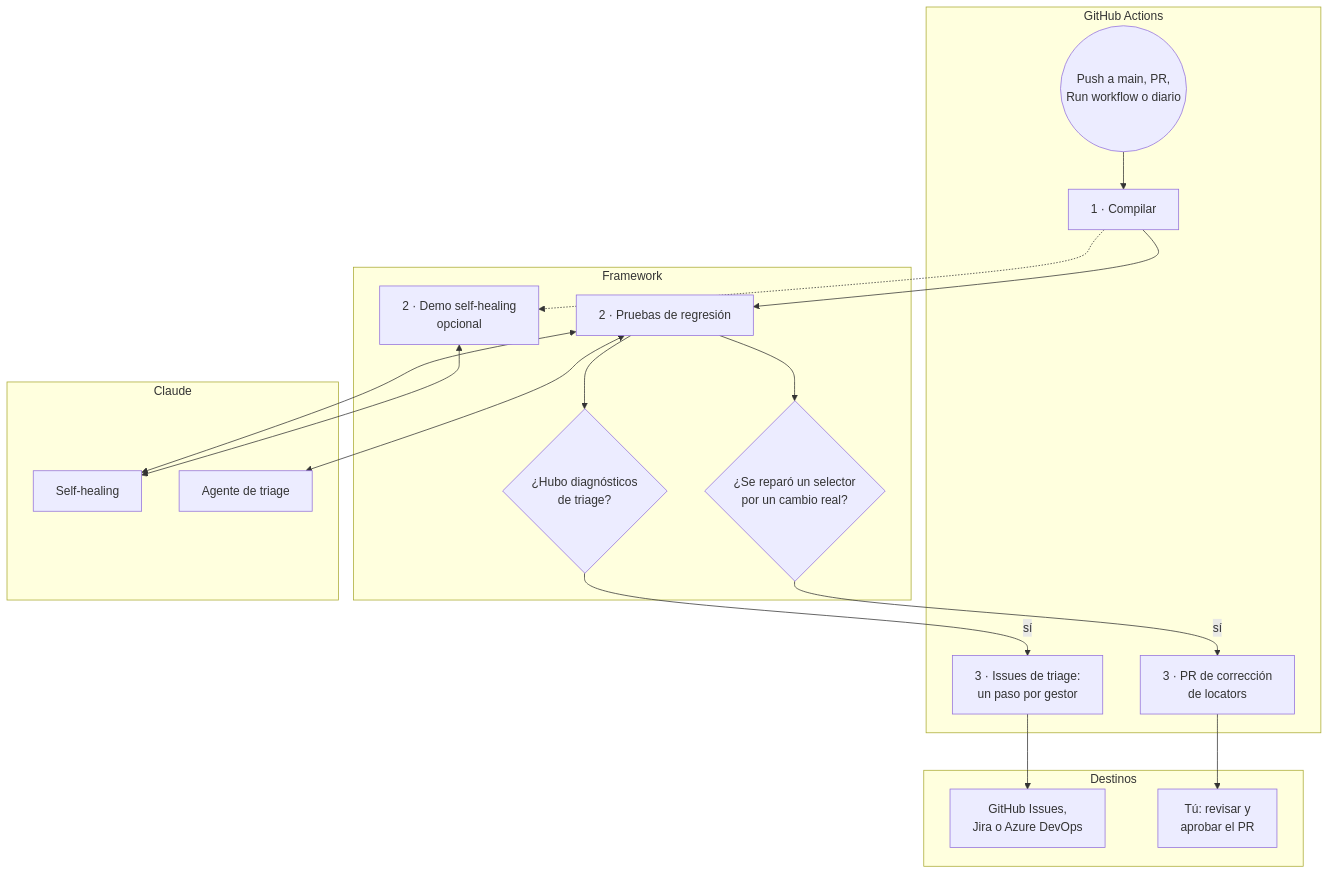
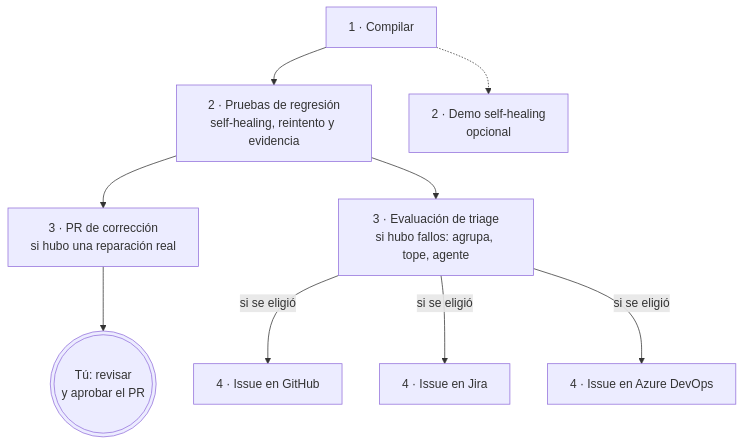
One commit to pgp-qa-automation-labs/poc-selenium-cucumber changed the fourth of 4 diagrams in README.md. Above: the diagram before and after it, drawn with Mermaid. The commit also changed other lines of this file and 32 other files, not shown here.

First line of the commit message:
Pipeline modular de triage: evidencia, reintento, agrupación con tope y captura en los issues

````diff
--- a/README.md
+++ b/README.md
@@ -162,32 +177,19 @@
 ```mermaid
 flowchart TD
-    subgraph GA["GitHub Actions"]
-        T(("Push a main, PR,<br/>Run workflow o diario"))
-        C["1 · Compilar"]
-        PR["3 · PR de corrección<br/>de locators"]
-        ISS["3 · Issues de triage:<br/>un paso por gestor"]
-    end
-    subgraph FW["Framework"]
-        REG["2 · Pruebas de regresión"]
-        DEMO["2 · Demo self-healing<br/>opcional"]
-        CORR{"¿Se reparó un selector<br/>por un cambio real?"}
-        DIAG{"¿Hubo diagnósticos<br/>de triage?"}
-    end
-    subgraph IA["Claude"]
-        SH["Self-healing"]
-        TR["Agente de triage"]
-    end
-    subgraph DEST["Destinos"]
-        GES["GitHub Issues,<br/>Jira o Azure DevOps"]
-        REV["Tú: revisar y<br/>aprobar el PR"]
-    end
-    T --> C --> REG
+    C["1 · Compilar"]
+    REG["2 · Pruebas de regresión<br/>self-healing, reintento y evidencia"]
+    DEMO["2 · Demo self-healing<br/>opcional"]
+    PR["3 · PR de corrección<br/>si hubo una reparación real"]
+    TRI["3 · Evaluación de triage<br/>si hubo fallos: agrupa, tope, agente"]
+    GH["4 · Issue en GitHub"]
+    JI["4 · Issue en Jira"]
+    AZ["4 · Issue en Azure DevOps"]
+    REV(((Tú: revisar<br/>y aprobar el PR)))
+    C --> REG
     C -.-> DEMO
-    REG <--> SH
-    REG <--> TR
-    DEMO <--> SH
-    REG --> CORR
-    REG --> DIAG
-    CORR -->|sí| PR --> REV
-    DIAG -->|sí| ISS --> GES
+    REG --> PR --> REV
+    REG --> TRI
+    TRI -->|"si se eligió"| GH
+    TRI -->|"si se eligió"| JI
+    TRI -->|"si se eligió"| AZ
 ```
````
